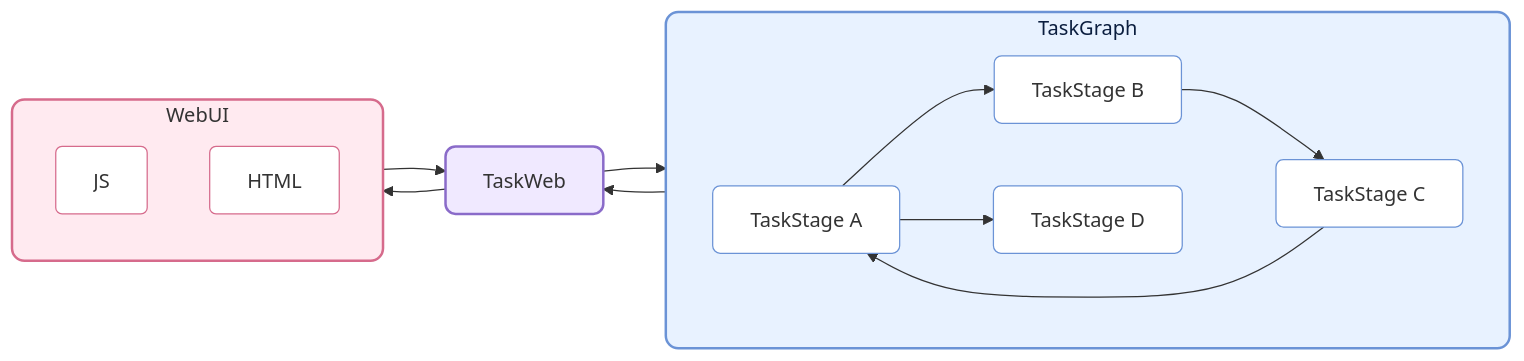
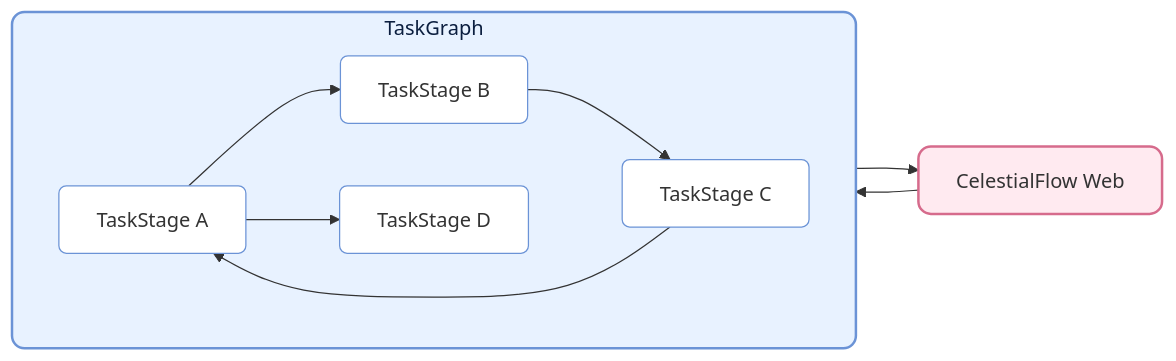
Before and after one commit to Mr-xiaotian/CelestialFlow: the first of 2 diagrams in docs/en/README.md, drawn with Mermaid. The commit also changed other lines of this file and 133 other files, not shown here.

````diff
--- a/docs/en/README.md
+++ b/docs/en/README.md
@@ -55,46 +54,33 @@
 ```mermaid
 flowchart LR
 
     %% ===== TaskGraph =====
     subgraph TG[TaskGraph]
         direction LR
 
         S1[TaskStage A]
         S2[TaskStage B]
         S3[TaskStage C]
         S4[TaskStage D]
 
         S1 --> S2 --> S3 --> S1
         S1 --> S4
 
     end
 
-    %% TaskGraph border styling
+    %% Style TaskGraph outer frame
     style TG fill:#e8f2ff,stroke:#6b93d6,stroke-width:2px,color:#0b1e3f,rx:10px,ry:10px
 
     %% Unified styling format
     classDef blueNode fill:#ffffff,stroke:#6b93d6,rx:6px,ry:6px;
 
-    %% TaskStage styling
+    %% Style TaskStages
     class S1,S2,S3,S4 blueNode;
 
-    %% ===== WebUI =====
-    subgraph W[WebUI]
-        JS
-        HTML
-    end
+    %% ===== Links =====
+    TG --> CFB[CelestialFlow Web]
+    CFB --> TG 
 
-    style W fill:#ffeaf0,stroke:#d66b8c,stroke-width:2px,rx:10px,ry:10px
-    style JS fill:#ffffff,stroke:#d66b8c,rx:5px,ry:5px
-    style HTML fill:#ffffff,stroke:#d66b8c,rx:5px,ry:5px
-
-    R[TaskWeb]
-    style R fill:#f0e9ff,stroke:#8a6bc9,stroke-width:2px,rx:8px,ry:8px
-
-    %% ===== Links =====
-    TG --> R 
-    R --> TG 
-    R --> W
-    W --> R
+    style CFB fill:#ffeaf0,stroke:#d66b8c,stroke-width:2px,rx:10px,ry:10px
 
 ```
````
